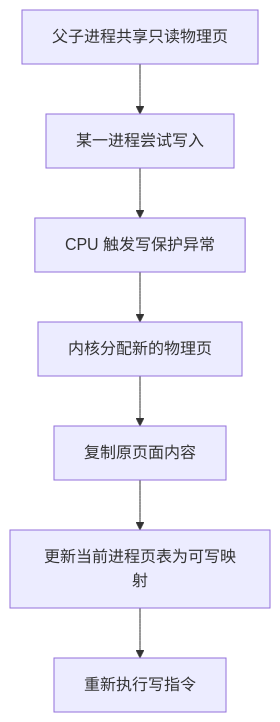
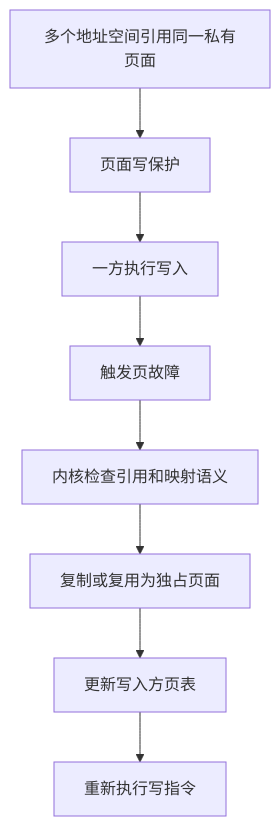
Before and after one commit to Fizgrad/fizgrad.github.io: diagram 21 of 36 in blog/os_review.md, drawn with Mermaid. The commit also changed other lines of this file and 1 other file, not shown here.

````diff
--- a/blog/os_review.md
+++ b/blog/os_review.md
@@ -3655,9 +3855,10 @@
 ```mermaid
 flowchart TD
-    A["父子进程共享只读物理页"] --> B["某一进程尝试写入"]
-    B --> C["CPU 触发写保护异常"]
-    C --> D["内核分配新的物理页"]
-    D --> E["复制原页面内容"]
-    E --> F["更新当前进程页表为可写映射"]
-    F --> G["重新执行写指令"]
+    A["多个地址空间引用同一私有页面"] --> B["页面写保护"]
+    B --> C["一方执行写入"]
+    C --> D["触发页故障"]
+    D --> E["内核检查引用和映射语义"]
+    E --> F["复制或复用为独占页面"]
+    F --> G["更新写入方页表"]
+    G --> H["重新执行写指令"]
 ```
````
